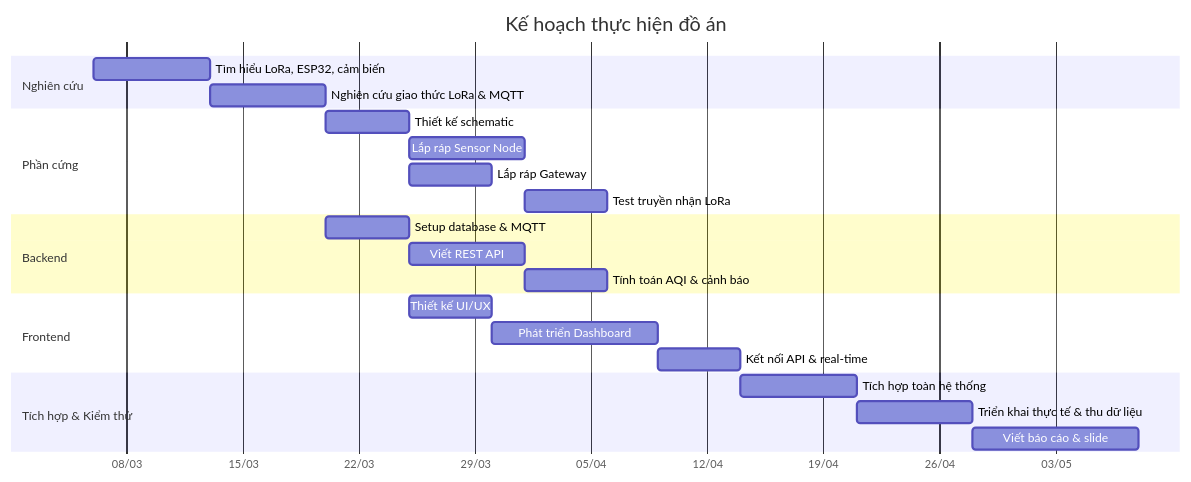
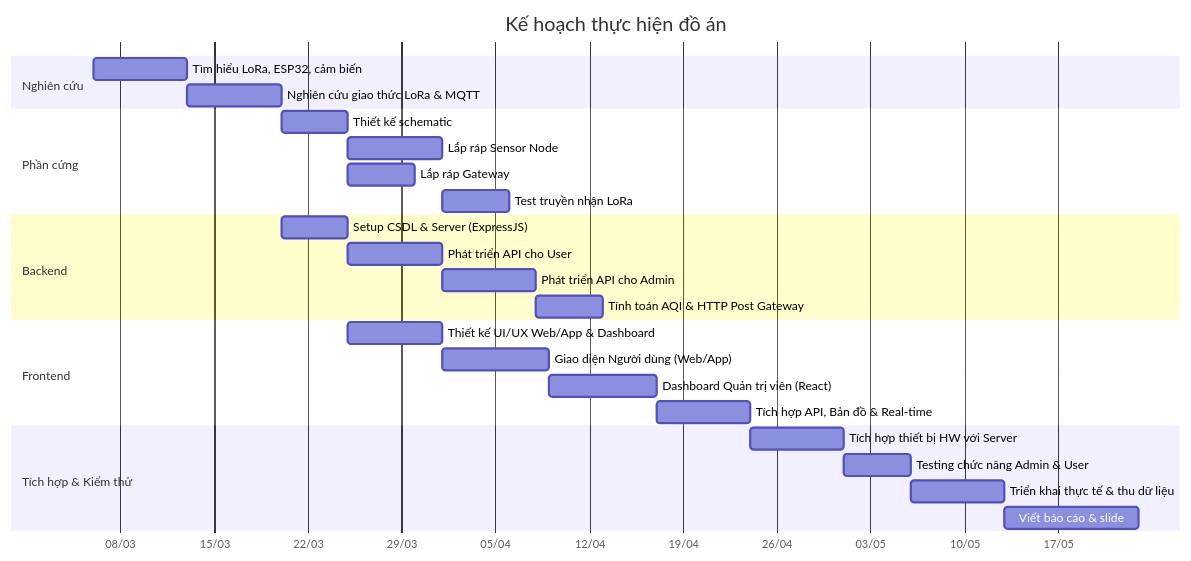
One commit to Ductham95/datn changed the diagram in docs/project_plan.md. Above: the diagram before and after it, drawn with Mermaid. The commit also changed 2 other files, not shown here.

Commit message:
docs: add project plan document

````diff
--- a/docs/project_plan.md
+++ b/docs/project_plan.md
@@ -167,31 +167,34 @@
 ```mermaid
 gantt
     title Kế hoạch thực hiện đồ án
     dateFormat  YYYY-MM-DD
     axisFormat  %d/%m
 
     section Nghiên cứu
     Tìm hiểu LoRa, ESP32, cảm biến      :a1, 2026-03-06, 7d
     Nghiên cứu giao thức LoRa & MQTT     :a2, after a1, 7d
 
     section Phần cứng
     Thiết kế schematic                    :b1, after a2, 5d
     Lắp ráp Sensor Node                  :b2, after b1, 7d
     Lắp ráp Gateway                      :b3, after b1, 5d
     Test truyền nhận LoRa                 :b4, after b2, 5d
 
     section Backend
-    Setup database & MQTT                 :c1, after a2, 5d
-    Viết REST API                        :c2, after c1, 7d
-    Tính toán AQI & cảnh báo             :c3, after c2, 5d
+    Setup CSDL & Server (ExpressJS)       :c1, after a2, 5d
+    Phát triển API cho User               :c2, after c1, 7d
+    Phát triển API cho Admin              :c3, after c2, 7d
+    Tính toán AQI & HTTP Post Gateway    :c4, after c3, 5d
 
     section Frontend
-    Thiết kế UI/UX                       :d1, after c1, 5d
-    Phát triển Dashboard                 :d2, after d1, 10d
-    Kết nối API & real-time              :d3, after d2, 5d
+    Thiết kế UI/UX Web/App & Dashboard   :d1, after c1, 7d
+    Giao diện Người dùng (Web/App)       :d2, after d1, 8d
+    Dashboard Quản trị viên (React)      :d3, after d2, 8d
+    Tích hợp API, Bản đồ & Real-time      :d4, after d3, 7d
 
     section Tích hợp & Kiểm thử
-    Tích hợp toàn hệ thống              :e1, after d3, 7d
-    Triển khai thực tế & thu dữ liệu    :e2, after e1, 7d
-    Viết báo cáo & slide                 :e3, after e2, 10d
+    Tích hợp thiết bị HW với Server       :e1, after d4, 7d
+    Testing chức năng Admin & User       :e2, after e1, 5d
+    Triển khai thực tế & thu dữ liệu    :e3, after e2, 7d
+    Viết báo cáo & slide                 :e4, after e3, 10d
 ```
````
